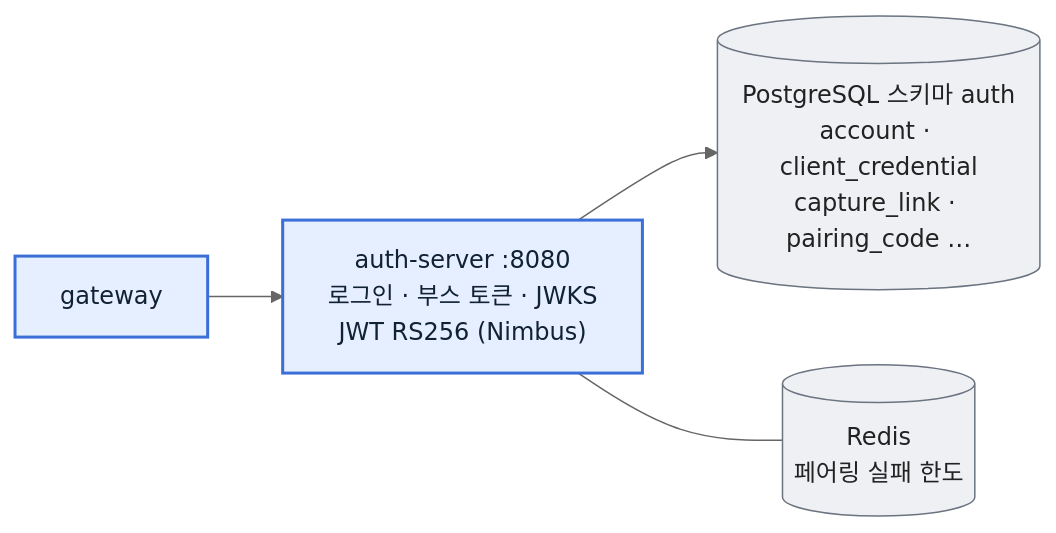
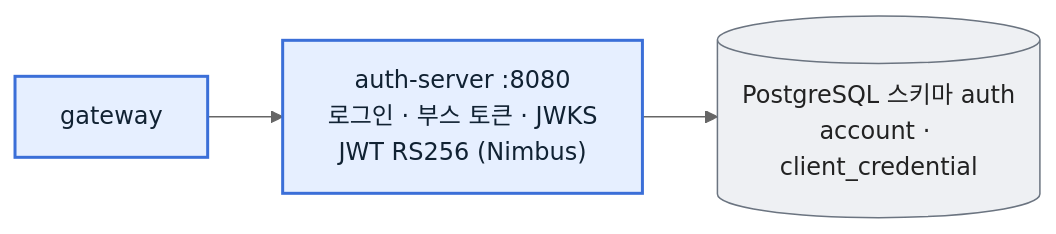
Before and after one commit to GAKDO/docs: the third of 7 diagrams in mvp/02-services.md, drawn with Mermaid (neutral theme). The commit also changed other lines of this file and 35 other files, not shown here.

````diff
--- a/mvp/02-services.md
+++ b/mvp/02-services.md
@@ -74,8 +69,7 @@
 ```mermaid
 flowchart LR
   classDef nophoto fill:#e6efff,stroke:#3b6fd8,stroke-width:2px,color:#123
   classDef infra fill:#eef0f3,stroke:#6b7480,color:#222
   gw["gateway"]:::nophoto --> a["auth-server :8080<br/>로그인 · 부스 토큰 · JWKS<br/>JWT RS256 (Nimbus)"]:::nophoto
-  a --> pg[("PostgreSQL 스키마 auth<br/>account · client_credential<br/>capture_link · pairing_code …")]:::infra
-  a --- r[("Redis<br/>페어링 실패 한도")]:::infra
+  a --> pg[("PostgreSQL 스키마 auth<br/>account · client_credential")]:::infra
 ```
````
